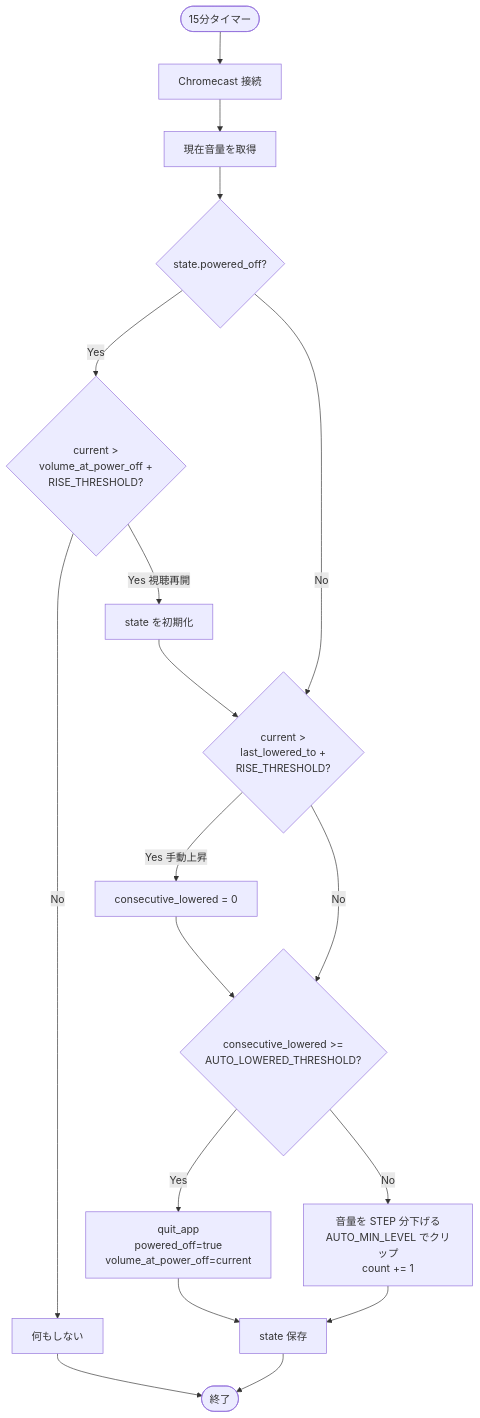
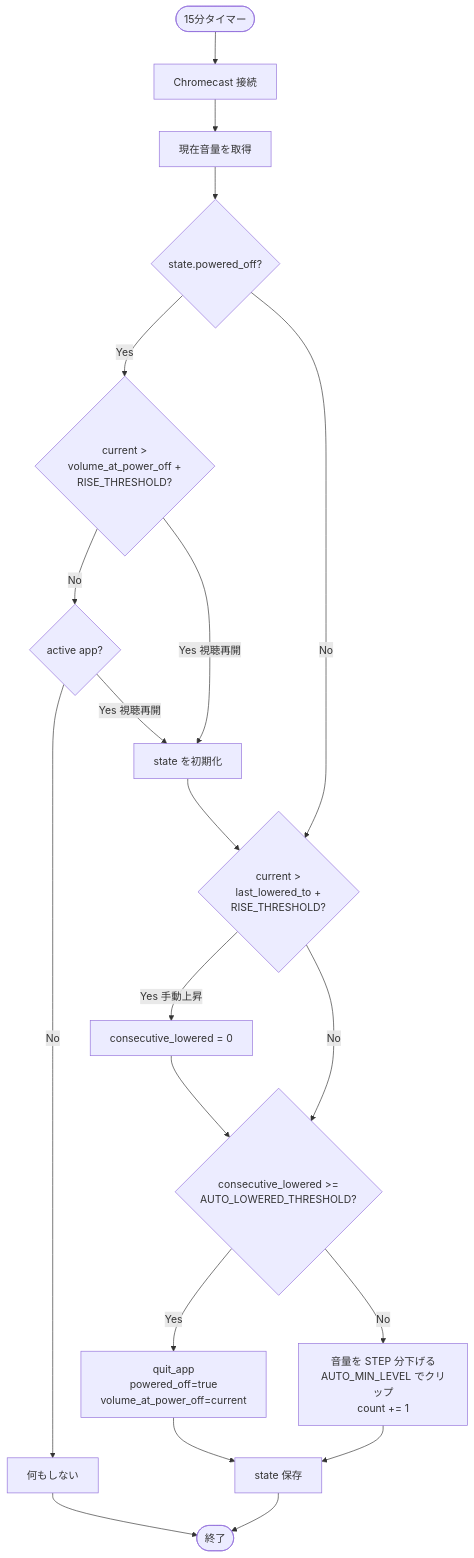
One commit to noricha-vr/nemucast changed the diagram in README.md. Above: the diagram before and after it, drawn with Mermaid. The commit also changed other lines of this file and 2 other files, not shown here.

First line of the commit message:
feat: 電源OFF後の視聴再開を active app でも検知する

````diff
--- a/README.md
+++ b/README.md
@@ -106,20 +107,22 @@
 ```mermaid
 flowchart TD
     Start([15分タイマー]) --> Connect[Chromecast 接続]
     Connect --> CurVol[現在音量を取得]
     CurVol --> PoweredOff{state.powered_off?}
     PoweredOff -->|Yes| Risen{current &gt;<br/>volume_at_power_off +<br/>RISE_THRESHOLD?}
-    Risen -->|No| Skip[何もしない]
+    Risen -->|No| ActiveApp{active app?}
+    ActiveApp -->|No| Skip[何もしない]
+    ActiveApp -->|Yes 視聴再開| Reset1[state を初期化]
     Risen -->|Yes 視聴再開| Reset1[state を初期化]
     Reset1 --> ManualCheck
     PoweredOff -->|No| ManualCheck{current &gt;<br/>last_lowered_to +<br/>RISE_THRESHOLD?}
     ManualCheck -->|Yes 手動上昇| ResetCount[consecutive_lowered = 0]
     ManualCheck -->|No| Threshold
     ResetCount --> Threshold{consecutive_lowered &gt;=<br/>AUTO_LOWERED_THRESHOLD?}
     Threshold -->|Yes| Standby[quit_app<br/>powered_off=true<br/>volume_at_power_off=current]
     Threshold -->|No| LowerVol[音量を STEP 分下げる<br/>AUTO_MIN_LEVEL でクリップ<br/>count += 1]
     LowerVol --> SaveState[state 保存]
     Standby --> SaveState
     SaveState --> End([終了])
     Skip --> End
 ```
````
